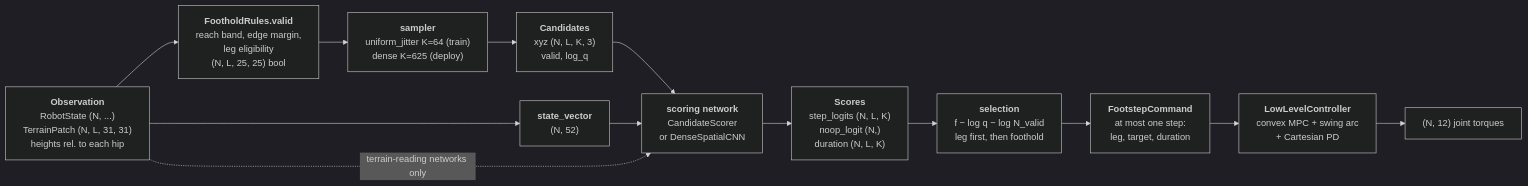
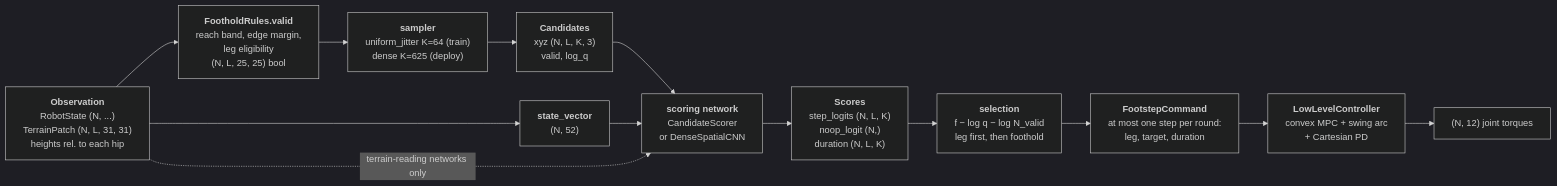
The second of 5 diagrams in ARCHITECTURE.md (souravselvaraj/gaitnet), drawn with Mermaid (dark theme) before and after one commit. The commit also changed other lines of this file and 20 other files, not shown here.

````diff
--- a/ARCHITECTURE.md
+++ b/ARCHITECTURE.md
@@ -77,19 +78,19 @@
 ```mermaid
 flowchart LR
     obs["<b>Observation</b><br/>RobotState (N, ...)<br/>TerrainPatch (N, L, 31, 31)<br/>heights rel. to each hip"]
     valid["<b>FootholdRules.valid</b><br/>reach band, edge margin,<br/>leg eligibility<br/>(N, L, 25, 25) bool"]
     samp["<b>sampler</b><br/>uniform_jitter K=64 (train)<br/>dense K=625 (deploy)"]
     cand["<b>Candidates</b><br/>xyz (N, L, K, 3)<br/>valid, log_q"]
     feat["<b>state_vector</b><br/>(N, 52)"]
     net["<b>scoring network</b><br/>CandidateScorer<br/>or DenseSpatialCNN"]
     sc["<b>Scores</b><br/>step_logits (N, L, K)<br/>noop_logit (N,)<br/>duration (N, L, K)"]
     sel["<b>selection</b><br/>f − log q − log N_valid<br/>leg first, then foothold"]
-    cmd["<b>FootstepCommand</b><br/>at most one step:<br/>leg, target, duration"]
+    cmd["<b>FootstepCommand</b><br/>at most one step per round:<br/>leg, target, duration"]
     ctl["<b>LowLevelController</b><br/>convex MPC + swing arc<br/>+ Cartesian PD"]
     tau["(N, 12) joint torques"]
 
     obs --> valid --> samp --> cand --> net
     obs --> feat --> net
     obs -. "terrain-reading networks only" .-> net
     net --> sc --> sel --> cmd --> ctl --> tau
 ```
````
